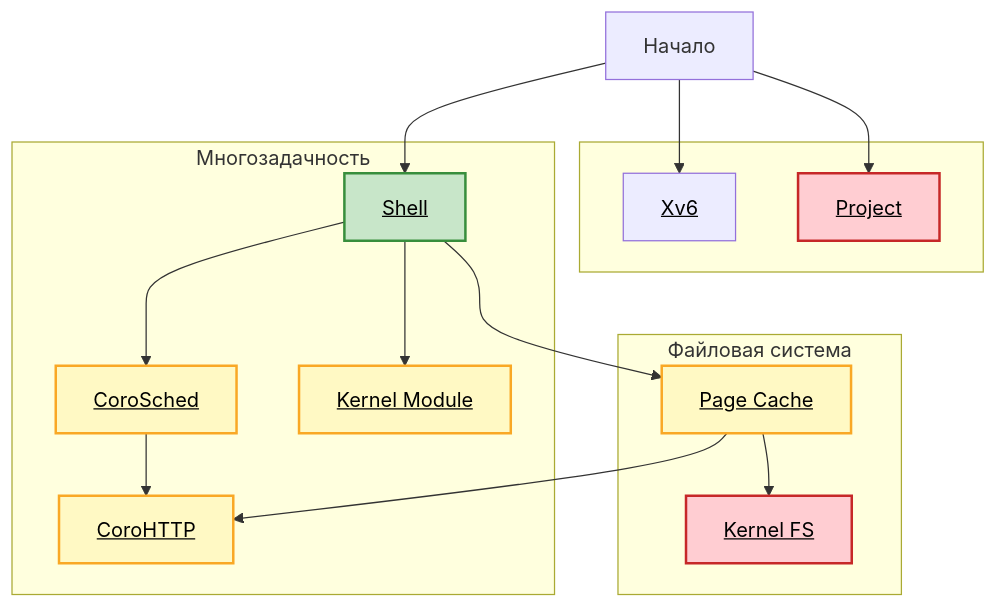
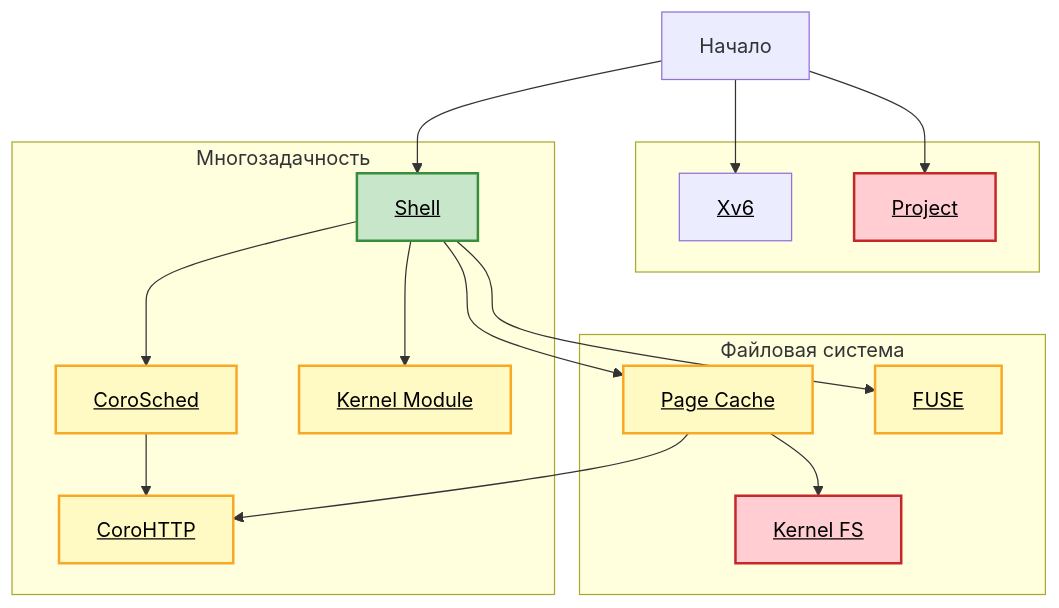
One commit to secs-dev/os-course changed the diagram in README.md. Above: the diagram before and after it, drawn with Mermaid. The commit also changed 2 other files, not shown here.

Commit message:
Add fuse lab

````diff
--- a/README.md
+++ b/README.md
@@ -23,47 +23,50 @@
 ```mermaid
 graph TD
     start["Начало"]
 
     subgraph other [" "]
         xv6["<a href='https://github.com/secs-dev/xv6-riscv' style='color:black;'>Xv6</a>"]
         project["<a href='https://github.com/secs-dev/os-course/blob/main/lab/project/README.md' style='color:black;'>Project</a>"]
     end
 
     subgraph fs ["Файловая система"]
         vtpc["<a href='https://github.com/secs-dev/os-course/blob/main/lab/vtpc/README.md' style='color:black;'>Page Cache</a>"]
         vtfs["<a href='https://github.com/secs-dev/os-course/blob/main/lab/vtfs/README.md' style='color:black;'>Kernel FS</a>"]
+        fuse["<a href='https://github.com/secs-dev/os-course/blob/main/lab/fuse/README.md' style='color:black;'>FUSE</a>"]
     end
 
     subgraph mp ["Многозадачность"]
         vtsh["<a href='https://github.com/secs-dev/os-course/blob/main/lab/vtsh/README.md' style='color:black;'>Shell</a>"]
         corosched["<a href='https://github.com/secs-dev/os-course/blob/main/lab/corosched/README.md' style='color:black;'>CoroSched</a>"]
         corohttp["<a href='https://github.com/secs-dev/os-course/blob/main/lab/corohttp/README.md' style='color:black;'>CoroHTTP</a>"]
     end
 
     subgraph mp ["Linux"]
         vtkm["<a href='https://github.com/secs-dev/os-course/blob/main/lab/vtkm/README.md' style='color:black;'>Kernel Module</a>"]
     end
 
     start --> xv6
     start --> project
     start --> vtsh
     vtsh --> vtpc
     vtsh --> vtkm
     vtpc --> vtfs
+    vtsh --> fuse
     vtsh --> corosched
     vtpc --> corohttp
     corosched --> corohttp
 
     classDef free fill:#eceff1,stroke:#607d8b,stroke-width:2px,color:#37474f
     classDef easy fill:#c8e6c9,stroke:#388e3c,stroke-width:2px,color:#1b5e20
     classDef medium fill:#fff9c4,stroke:#f9a825,stroke-width:2px,color:#f57f17
     classDef hard fill:#ffcdd2,stroke:#c62828,stroke-width:2px,color:#b71c1c
 
     class project hard
     class vtsh easy
     class vtpc medium
     class vtkm medium
     class vtfs hard
+    class fuse medium
     class corosched medium
     class corohttp medium
 ```
````
